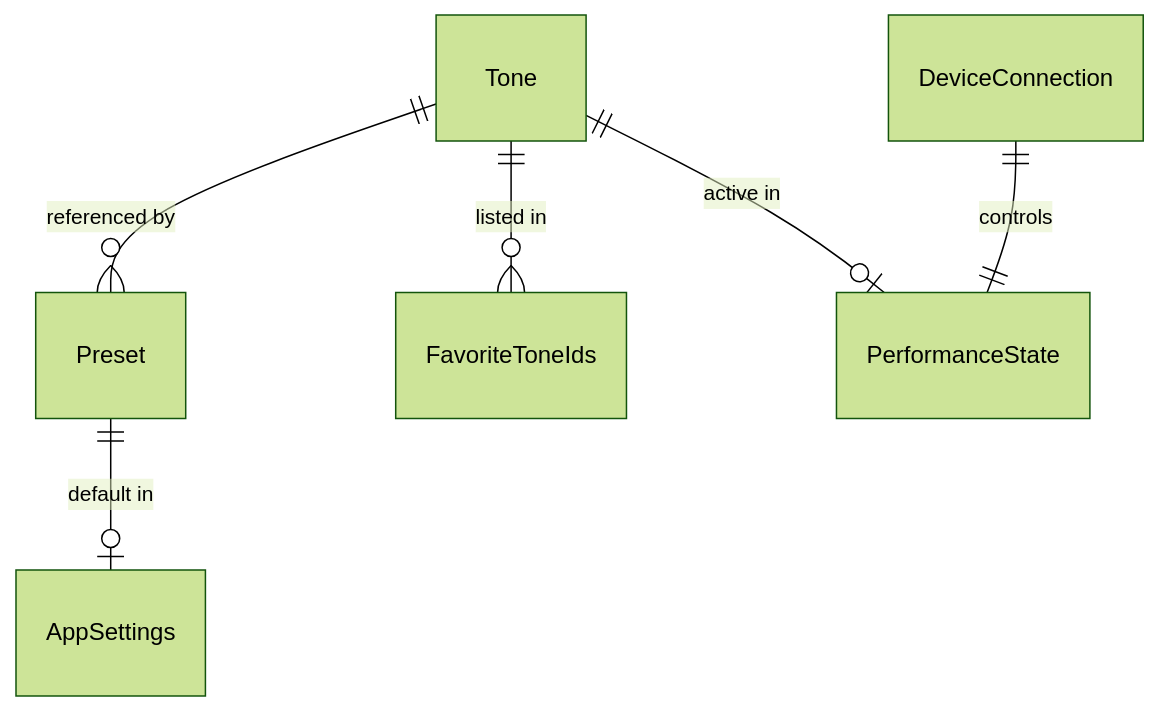
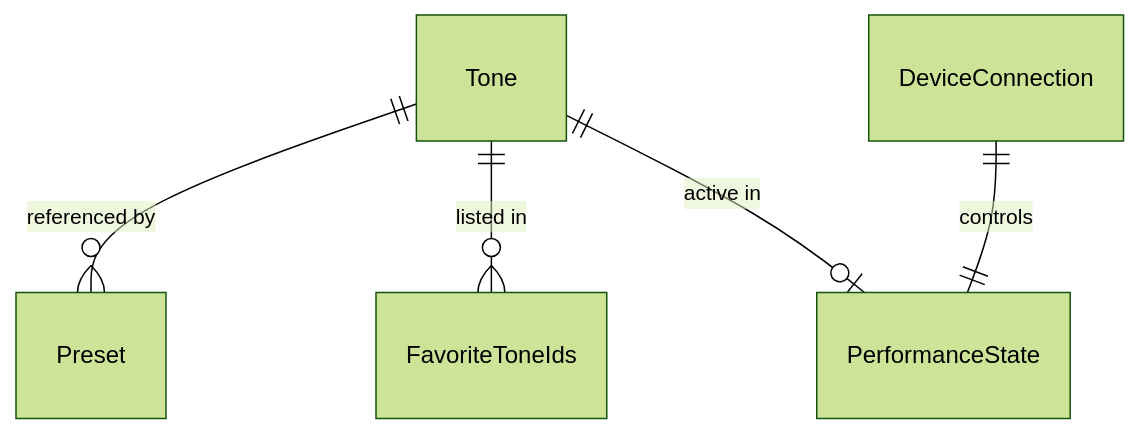
The diagram in specs/001-fp30x-custom-controller/data-model.md (wallacemendes/app-display-fp30x), drawn with Mermaid (forest theme) before and after one commit. The commit also changed 5 other files, not shown here.

````diff
--- a/specs/001-fp30x-custom-controller/data-model.md
+++ b/specs/001-fp30x-custom-controller/data-model.md
@@ -130,8 +130,7 @@
 ```mermaid
 erDiagram
     Tone ||--o{ Preset : "referenced by"
     Tone ||--o{ FavoriteToneIds : "listed in"
     Tone ||--o| PerformanceState : "active in"
-    Preset ||--o| AppSettings : "default in"
     DeviceConnection ||--|| PerformanceState : "controls"
 ```
````
